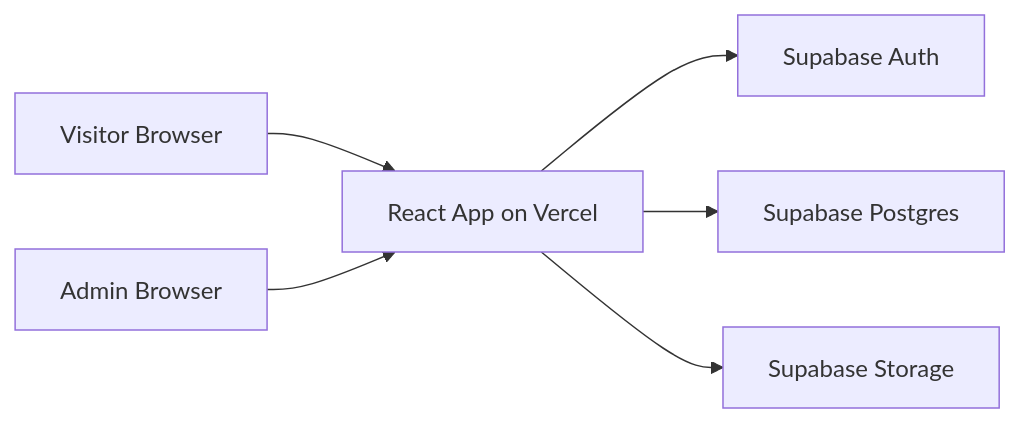
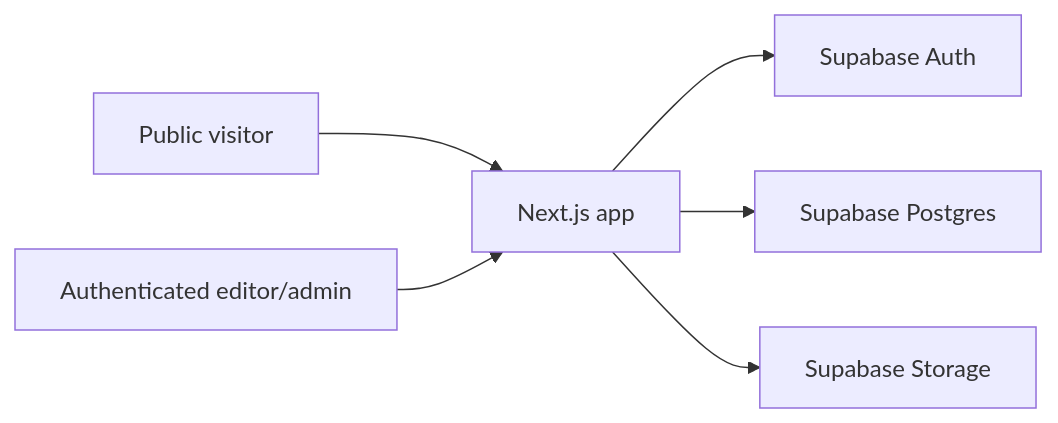
The diagram in architecture.md (Sevenquarters/blog-for-user-interactive), drawn with Mermaid before and after one commit. The commit also changed other lines of this file and 28 other files, not shown here.

````diff
--- a/architecture.md
+++ b/architecture.md
@@ -44,8 +30,8 @@
 ```mermaid
 flowchart LR
-    A["Visitor Browser"] --> B["React App on Vercel"]
-    C["Admin Browser"] --> B
+    A["Public visitor"] --> B["Next.js app"]
+    C["Authenticated editor/admin"] --> B
     B --> D["Supabase Auth"]
     B --> E["Supabase Postgres"]
     B --> F["Supabase Storage"]
 ```
````
